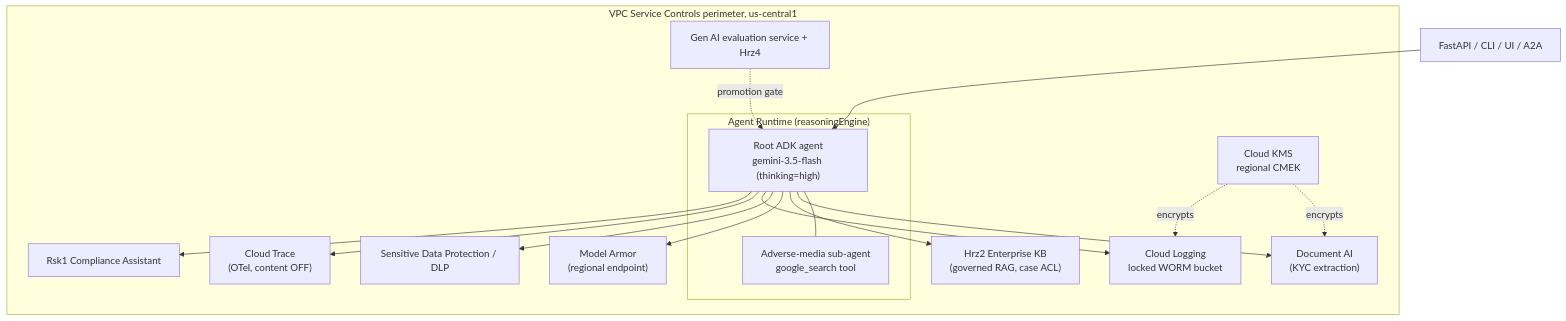
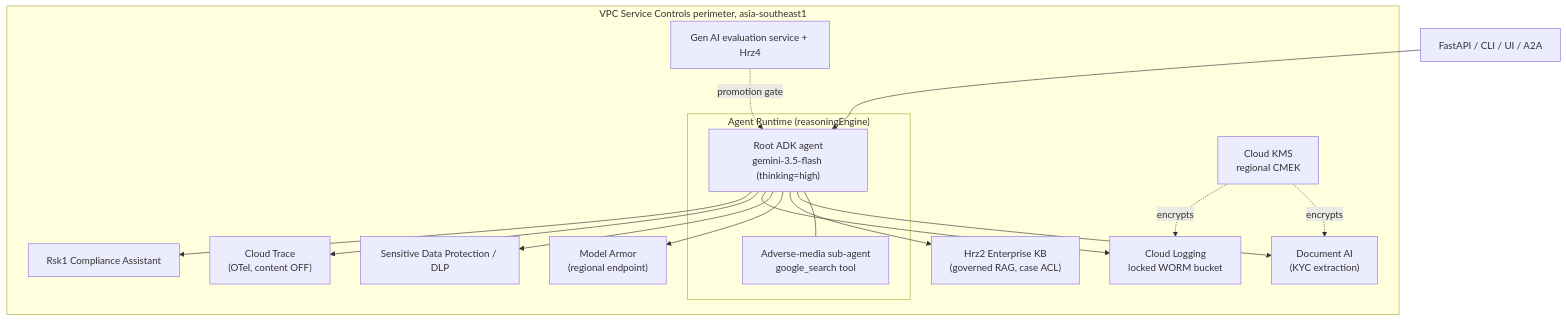
Before and after one commit to portable-genai/cdd-sow-research: the fourth of 5 diagrams in ARCHITECTURE.md, drawn with Mermaid. The commit also changed other lines of this file and 22 other files, not shown here.

````diff
--- a/ARCHITECTURE.md
+++ b/ARCHITECTURE.md
@@ -225,31 +225,31 @@
 ```mermaid
 flowchart TB
-    subgraph perimeter["VPC Service Controls perimeter, us-central1"]
+    subgraph perimeter["VPC Service Controls perimeter, asia-southeast1"]
         subgraph runtime["Agent Runtime (reasoningEngine)"]
             ROOT["Root ADK agent<br/>gemini-3.5-flash (thinking=high)"]
             GSUB["Adverse-media sub-agent<br/>google_search tool"]
             ROOT --- GSUB
         end
         DOC["Document AI<br/>(KYC extraction)"]
         Hrz2["Hrz2 Enterprise KB<br/>(governed RAG, case ACL)"]
         MA["Model Armor<br/>(regional endpoint)"]
         DLP["Sensitive Data Protection / DLP"]
         LOG["Cloud Logging<br/>locked WORM bucket"]
         TR["Cloud Trace<br/>(OTel, content OFF)"]
         EVAL["Gen AI evaluation service + Hrz4"]
         Rsk1["Rsk1 Compliance Assistant"]
         KMS["Cloud KMS<br/>regional CMEK"]
     end
 
     APP["FastAPI / CLI / UI / A2A"] --> ROOT
     ROOT --> DOC
     ROOT --> Hrz2
     ROOT --> MA
     ROOT --> DLP
     ROOT --> LOG
     ROOT --> TR
     ROOT --> Rsk1
     EVAL -. promotion gate .-> ROOT
     KMS -. encrypts .-> DOC
     KMS -. encrypts .-> LOG
 ```
````
